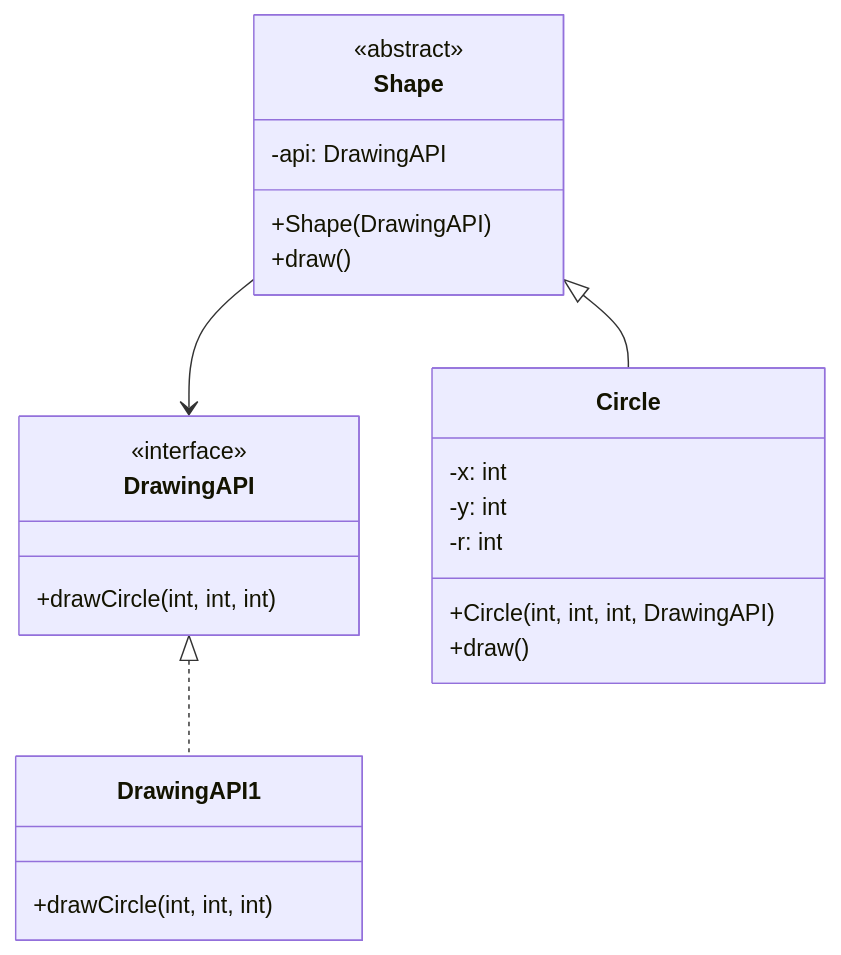
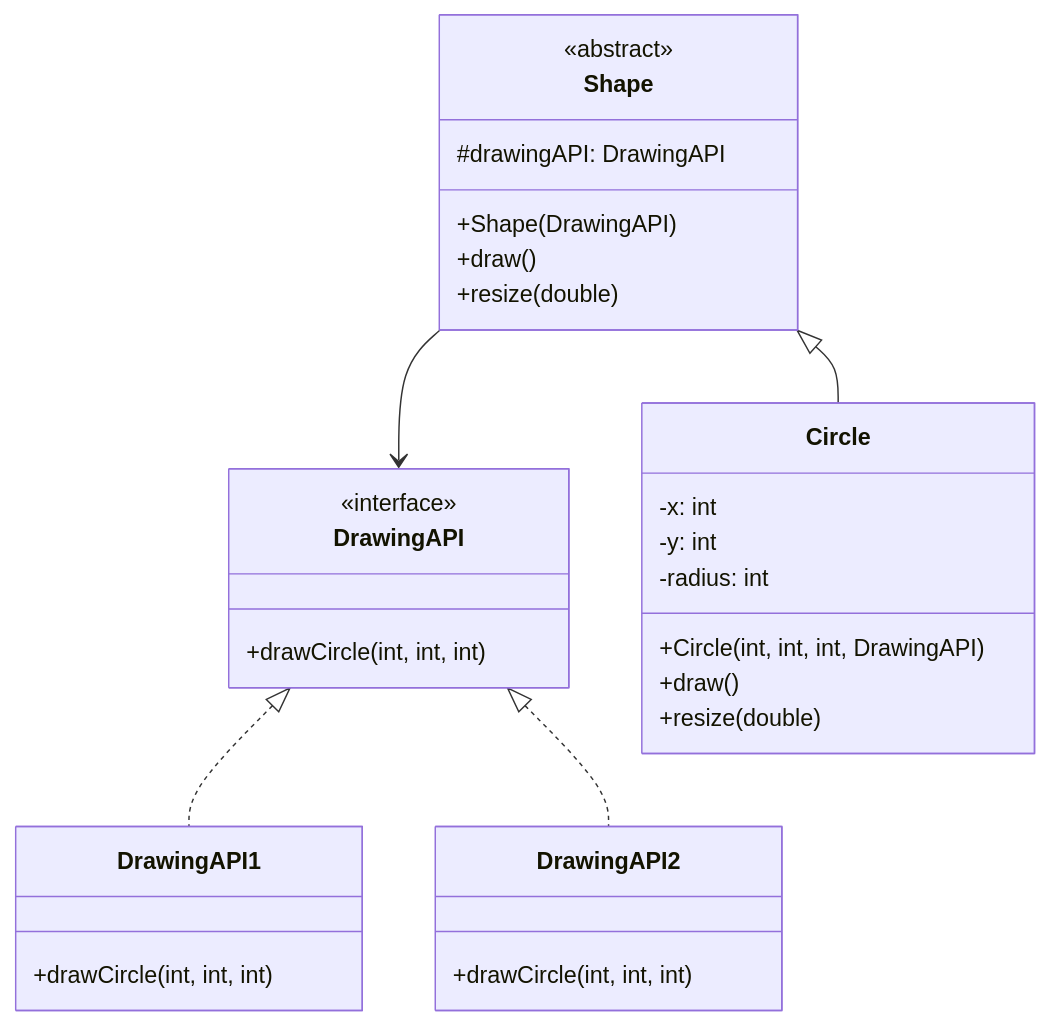
One commit to welldesignedsystem/welldesignedsystem.github.io changed the seventh of 23 diagrams in content/english/blog/system_design/core_design_patterns.md. Above: the diagram before and after it, drawn with Mermaid. The commit also changed other lines of this file and 1 other file, not shown here.

````diff
--- a/content/english/blog/system_design/core_design_patterns.md
+++ b/content/english/blog/system_design/core_design_patterns.md
@@ -375,26 +506,32 @@
 ```mermaid
 classDiagram
     class DrawingAPI {
         <<interface>>
         +drawCircle(int, int, int)
     }
     class DrawingAPI1 {
         +drawCircle(int, int, int)
     }
+    class DrawingAPI2 {
+        +drawCircle(int, int, int)
+    }
     class Shape {
         <<abstract>>
-        -api: DrawingAPI
+        #drawingAPI: DrawingAPI
         +Shape(DrawingAPI)
         +draw()
+        +resize(double)
     }
     class Circle {
         -x: int
         -y: int
-        -r: int
+        -radius: int
         +Circle(int, int, int, DrawingAPI)
         +draw()
+        +resize(double)
     }
     DrawingAPI <|.. DrawingAPI1
+    DrawingAPI <|.. DrawingAPI2
     Shape <|-- Circle
     Shape --> DrawingAPI
 ```
````
